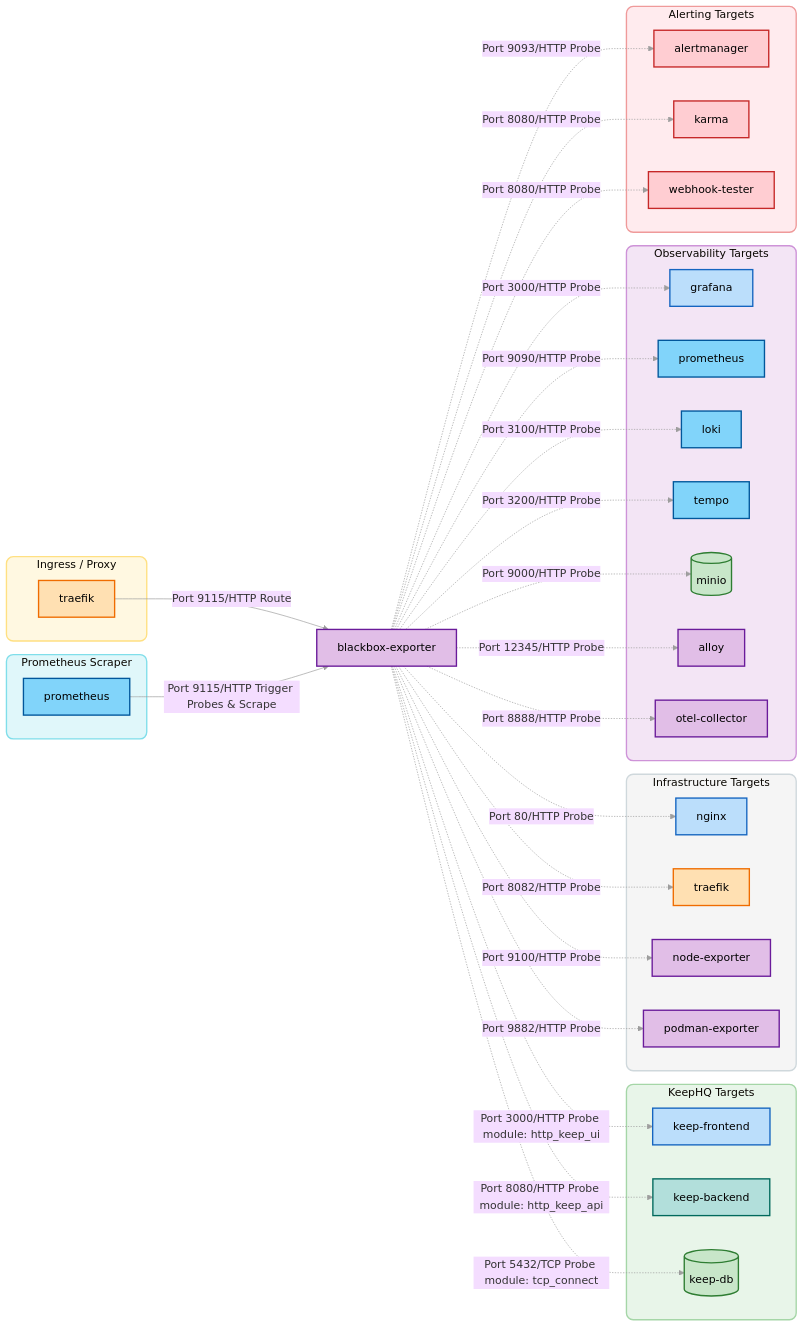
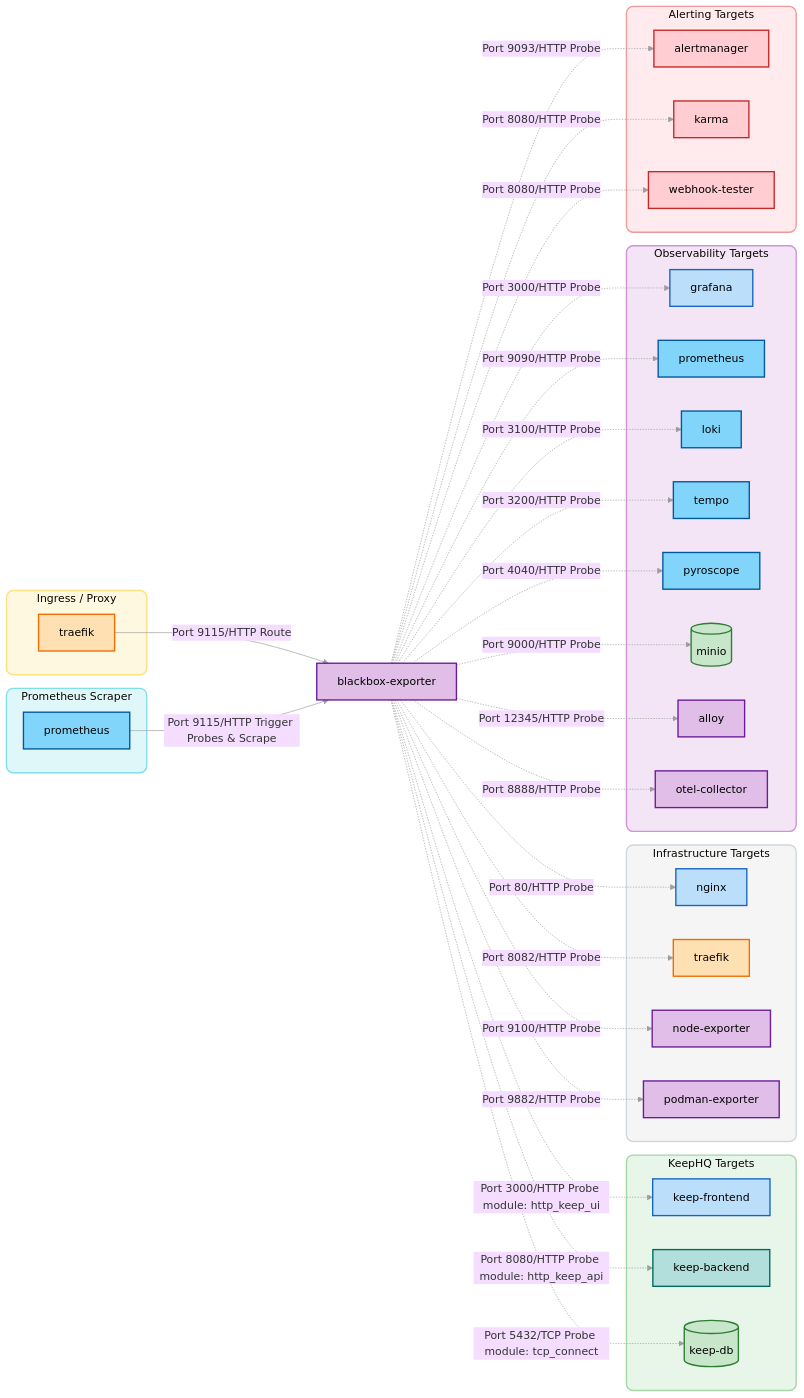
One commit to tedsluis/monitoring changed the diagram in mermaid/blackbox-exporter-detailed-diagram.mmd. Above: the diagram before and after it, drawn with Mermaid. The commit also changed 23 other files, not shown here.

Commit message:
added mermaid diagrams, screenshots, comments and index tiles.

```diff
--- a/mermaid/blackbox-exporter-detailed-diagram.mmd
+++ b/mermaid/blackbox-exporter-detailed-diagram.mmd
@@ -1,92 +1,94 @@
 %%{init: {'theme': 'base', 'themeVariables': { 'lineColor': '#9e9e9e' }}}%%
 flowchart LR
 %% Native Mermaid Styling (No HTML) - Node Classes
 classDef uiNode fill:#bbdefb,stroke:#1565c0,stroke-width:2px,color:#000000;
 classDef appNode fill:#b2dfdb,stroke:#00695c,stroke-width:2px,color:#000000;
 classDef obsNode fill:#81d4fa,stroke:#01579b,stroke-width:2px,color:#000000;
 classDef dbNode fill:#c8e6c9,stroke:#2e7d32,stroke-width:2px,color:#000000;
 classDef proxyNode fill:#ffe0b2,stroke:#ef6c00,stroke-width:2px,color:#000000;
 classDef alertNode fill:#ffcdd2,stroke:#c62828,stroke-width:2px,color:#000000;
 classDef collectNode fill:#e1bee7,stroke:#6a1b9a,stroke-width:2px,color:#000000;
 classDef hostNode fill:#b3e5fc,stroke:#0277bd,stroke-width:2px,color:#000000;
 
 %% Core Component
 blackbox_exporter[blackbox-exporter]:::collectNode
 
 %% Grouped Components (Ingress & Triggers)
 subgraph Ingress [Ingress / Proxy]
 traefik_in[traefik]:::proxyNode
 end
 
 subgraph Monitoring [Prometheus Scraper]
 prometheus_in[prometheus]:::obsNode
 end
 
 %% Grouped Components (Probe Targets)
 subgraph KeepHQ [KeepHQ Targets]
 keep_frontend[keep-frontend]:::uiNode
 keep_backend[keep-backend]:::appNode
 keep_db[(keep-db)]:::dbNode
 end
 
 subgraph Infra [Infrastructure Targets]
 nginx[nginx]:::uiNode
 traefik_out[traefik]:::proxyNode
 node_exporter[node-exporter]:::collectNode
 podman_exporter[podman-exporter]:::collectNode
 end
 
 subgraph Observability [Observability Targets]
 grafana[grafana]:::uiNode
 prometheus_out[prometheus]:::obsNode
 loki[loki]:::obsNode
 tempo[tempo]:::obsNode
+pyroscope[pyroscope]:::obsNode
 minio[(minio)]:::dbNode
 alloy[alloy]:::collectNode
 otel_collector[otel-collector]:::collectNode
 end
 
 subgraph Alerting [Alerting Targets]
 alertmanager[alertmanager]:::alertNode
 karma[karma]:::alertNode
 webhook_tester[webhook-tester]:::alertNode
 end
 
 %% Ingress Routing
 traefik_in -->|Port 9115/HTTP Route| blackbox_exporter
 
 %% Prometheus Triggers
 prometheus_in -->|Port 9115/HTTP Trigger Probes & Scrape| blackbox_exporter
 
 %% Probes to KeepHQ (Specific Modules)
 blackbox_exporter -.->|Port 3000/HTTP Probe module: http_keep_ui| keep_frontend
 blackbox_exporter -.->|Port 8080/HTTP Probe module: http_keep_api| keep_backend
 blackbox_exporter -.->|Port 5432/TCP Probe module: tcp_connect| keep_db
 
 %% Probes to Infrastructure (http_2xx)
 blackbox_exporter -.->|Port 80/HTTP Probe| nginx
 blackbox_exporter -.->|Port 8082/HTTP Probe| traefik_out
 blackbox_exporter -.->|Port 9100/HTTP Probe| node_exporter
 blackbox_exporter -.->|Port 9882/HTTP Probe| podman_exporter
 
 %% Probes to Observability (http_2xx)
 blackbox_exporter -.->|Port 3000/HTTP Probe| grafana
 blackbox_exporter -.->|Port 9090/HTTP Probe| prometheus_out
 blackbox_exporter -.->|Port 3100/HTTP Probe| loki
 blackbox_exporter -.->|Port 3200/HTTP Probe| tempo
+blackbox_exporter -.->|Port 4040/HTTP Probe| pyroscope
 blackbox_exporter -.->|Port 9000/HTTP Probe| minio
 blackbox_exporter -.->|Port 12345/HTTP Probe| alloy
 blackbox_exporter -.->|Port 8888/HTTP Probe| otel_collector
 
 %% Probes to Alerting (http_2xx)
 blackbox_exporter -.->|Port 9093/HTTP Probe| alertmanager
 blackbox_exporter -.->|Port 8080/HTTP Probe| karma
 blackbox_exporter -.->|Port 8080/HTTP Probe| webhook_tester
 
 %% Subgraph Styling (Background blocks)
 style Ingress fill:#fff8e1,stroke:#ffe082,stroke-width:2px,rx:10,ry:10
 style Monitoring fill:#e0f7fa,stroke:#80deea,stroke-width:2px,rx:10,ry:10
 style KeepHQ fill:#e8f5e9,stroke:#a5d6a7,stroke-width:2px,rx:10,ry:10
 style Infra fill:#f5f5f5,stroke:#cfd8dc,stroke-width:2px,rx:10,ry:10
 style Observability fill:#f3e5f5,stroke:#ce93d8,stroke-width:2px,rx:10,ry:10
 style Alerting fill:#ffebee,stroke:#ef9a9a,stroke-width:2px,rx:10,ry:10
```
